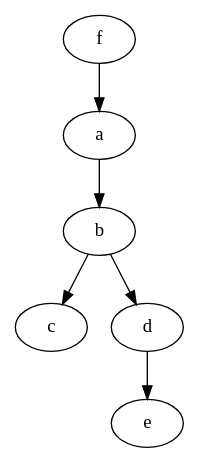
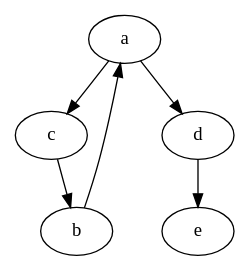
The diagram in t2/input.dot (Luan-MB/grafos-graphviz), drawn with Graphviz before and after one commit. The commit also changed 4 other files, not shown here.

```diff
--- a/t2/input.dot
+++ b/t2/input.dot
@@ -1,7 +1,7 @@
 digraph G {
-    a -> b;
-    b -> c;
-    b -> d;
+    a -> c;
+    b -> a;
+    c -> b;
     d -> e;
-    f -> a;
+    a -> d;
 }
```
